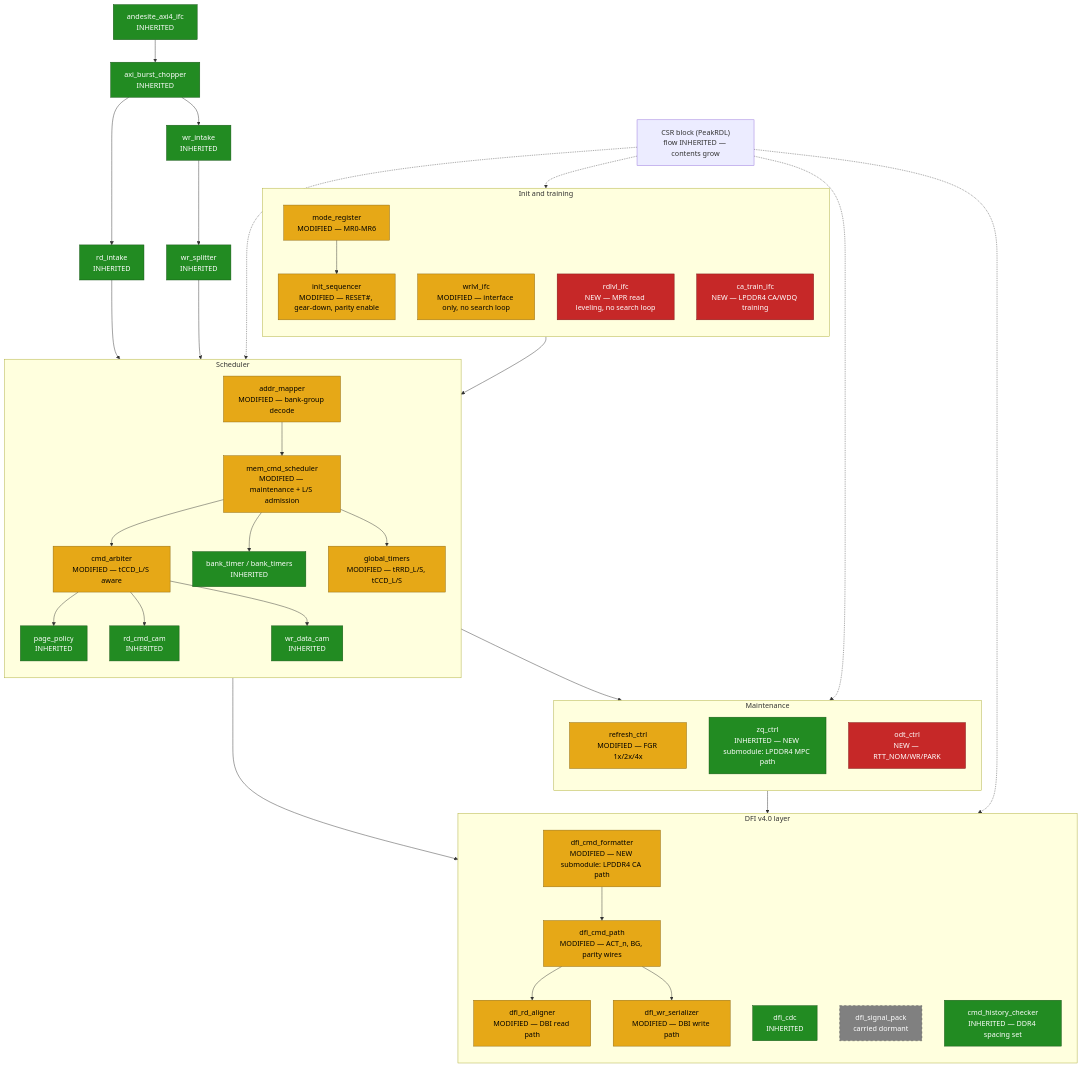
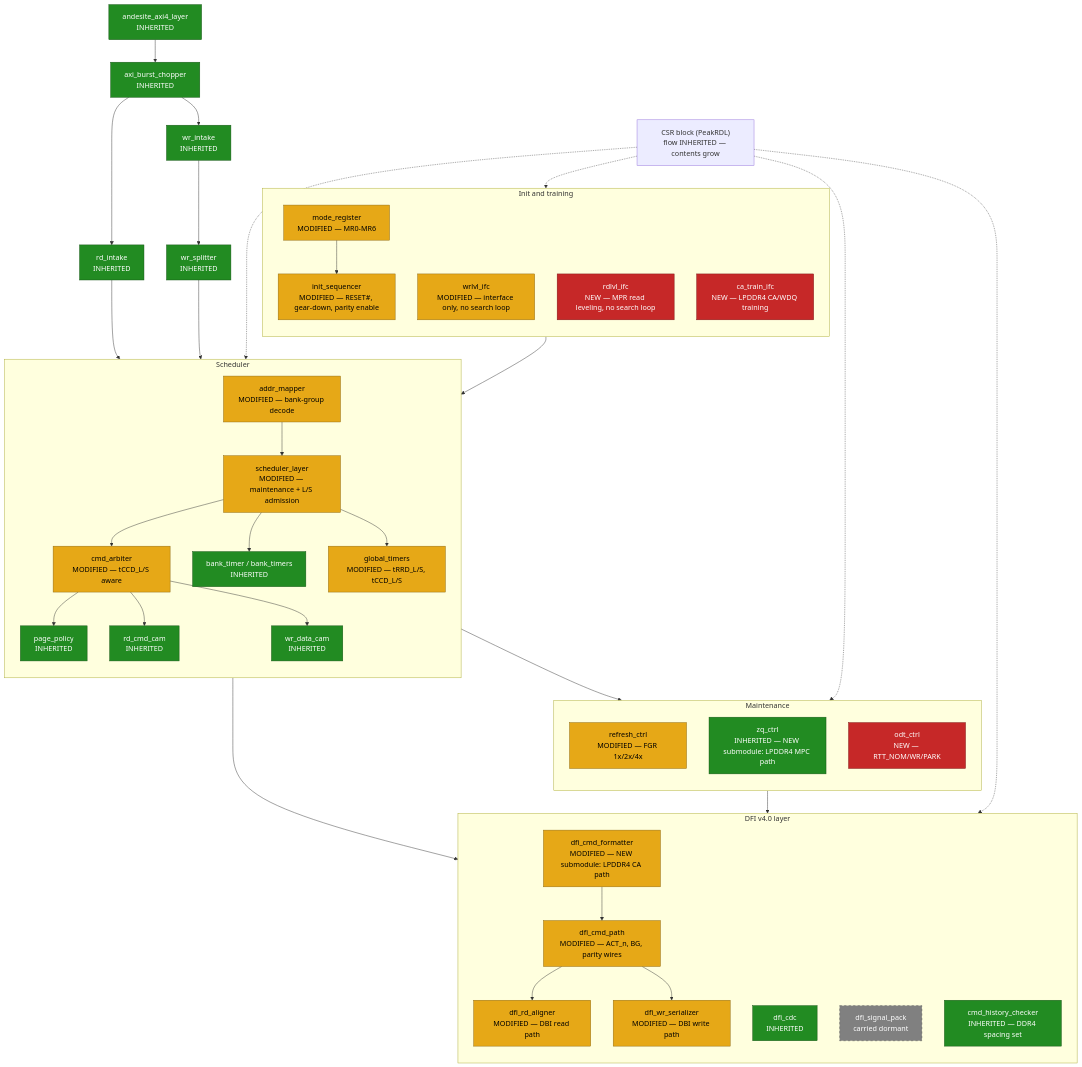
Before and after one commit to sean-galloway/RTLDesignSherpa: the diagram in projects/components/mem-ctrl-ip/andesite-ddr4-lpddr4/docs/andesite_has/assets/mermaid/01_block_diagram.mmd, drawn with Mermaid. The commit also changed 14 other files, not shown here.

```diff
--- a/projects/components/mem-ctrl-ip/andesite-ddr4-lpddr4/docs/andesite_has/assets/mermaid/01_block_diagram.mmd
+++ b/projects/components/mem-ctrl-ip/andesite-ddr4-lpddr4/docs/andesite_has/assets/mermaid/01_block_diagram.mmd
@@ -1,76 +1,76 @@
 flowchart TB
-    HOST_AXI["andesite_axi4_ifc<br/>INHERITED"] --> HOST_CHOP["axi_burst_chopper<br/>INHERITED"]
+    HOST_AXI["andesite_axi4_layer<br/>INHERITED"] --> HOST_CHOP["axi_burst_chopper<br/>INHERITED"]
     HOST_CHOP --> HOST_RIN["rd_intake<br/>INHERITED"]
     HOST_CHOP --> HOST_WIN["wr_intake<br/>INHERITED"]
     HOST_WIN --> HOST_WSPLIT["wr_splitter<br/>INHERITED"]
     HOST_RIN --> SCHED
     HOST_WSPLIT --> SCHED
 
     subgraph SCHED["Scheduler"]
         direction TB
-        SCHED_CORE["mem_cmd_scheduler<br/>MODIFIED — maintenance + L/S admission"]
+        SCHED_CORE["scheduler_layer<br/>MODIFIED — maintenance + L/S admission"]
         SCHED_ARB["cmd_arbiter<br/>MODIFIED — tCCD_L/S aware"]
         SCHED_PP["page_policy<br/>INHERITED"]
         SCHED_RDCAM["rd_cmd_cam<br/>INHERITED"]
         SCHED_WRCAM["wr_data_cam<br/>INHERITED"]
         SCHED_BT["bank_timer / bank_timers<br/>INHERITED"]
         SCHED_GT["global_timers<br/>MODIFIED — tRRD_L/S, tCCD_L/S"]
         SCHED_AM["addr_mapper<br/>MODIFIED — bank-group decode"]
         SCHED_CORE --> SCHED_ARB
         SCHED_CORE --> SCHED_BT
         SCHED_CORE --> SCHED_GT
         SCHED_AM --> SCHED_CORE
         SCHED_ARB --> SCHED_PP
         SCHED_ARB --> SCHED_RDCAM
         SCHED_ARB --> SCHED_WRCAM
     end
 
     subgraph MAINT["Maintenance"]
         direction TB
         MAINT_REF["refresh_ctrl<br/>MODIFIED — FGR 1x/2x/4x"]
         MAINT_ZQ["zq_ctrl<br/>INHERITED — NEW submodule: LPDDR4 MPC path"]
         MAINT_ODT["odt_ctrl<br/>NEW — RTT_NOM/WR/PARK"]
     end
     SCHED --> MAINT
 
     subgraph INITTR["Init and training"]
         direction TB
         INIT_SEQ["init_sequencer<br/>MODIFIED — RESET#, gear-down, parity enable"]
         INIT_MR["mode_register<br/>MODIFIED — MR0-MR6"]
         INIT_WRLVL["wrlvl_ifc<br/>MODIFIED — interface only, no search loop"]
         INIT_RDLVL["rdlvl_ifc<br/>NEW — MPR read leveling, no search loop"]
         INIT_CA["ca_train_ifc<br/>NEW — LPDDR4 CA/WDQ training"]
     end
     INIT_SEQ --> SCHED
     INIT_MR --> INIT_SEQ
 
     subgraph DFI["DFI v4.0 layer"]
         direction TB
         DFI_PATH["dfi_cmd_path<br/>MODIFIED — ACT_n, BG, parity wires"]
         DFI_FMT["dfi_cmd_formatter<br/>MODIFIED — NEW submodule: LPDDR4 CA path"]
         DFI_RDA["dfi_rd_aligner<br/>MODIFIED — DBI read path"]
         DFI_WRS["dfi_wr_serializer<br/>MODIFIED — DBI write path"]
         DFI_CDC["dfi_cdc<br/>INHERITED"]
         DFI_PACK["dfi_signal_pack<br/>carried dormant"]
         DFI_HIST["cmd_history_checker<br/>INHERITED — DDR4 spacing set"]
     end
     SCHED --> DFI_FMT
     MAINT --> DFI_PATH
     DFI_FMT --> DFI_PATH
     DFI_PATH --> DFI_RDA
     DFI_PATH --> DFI_WRS
 
     CSR["CSR block (PeakRDL)<br/>flow INHERITED — contents grow"] -.-> SCHED
     CSR -.-> MAINT
     CSR -.-> INITTR
     CSR -.-> DFI
 
     classDef inh fill:#228B22,color:#FFFFFF,stroke:#145214;
     classDef mod fill:#E6A817,color:#000000,stroke:#8a650f;
     classDef new fill:#C62828,color:#FFFFFF,stroke:#7a1414;
     classDef dorm fill:#808080,color:#FFFFFF,stroke:#4d4d4d,stroke-dasharray:5 5;
 
     class HOST_AXI,HOST_CHOP,HOST_RIN,HOST_WIN,HOST_WSPLIT,SCHED_PP,SCHED_RDCAM,SCHED_WRCAM,SCHED_BT,DFI_CDC,DFI_HIST,MAINT_ZQ inh;
     class SCHED_CORE,SCHED_ARB,SCHED_GT,SCHED_AM,MAINT_REF,INIT_SEQ,INIT_MR,INIT_WRLVL,DFI_PATH,DFI_FMT,DFI_RDA,DFI_WRS mod;
     class MAINT_ODT,INIT_RDLVL,INIT_CA new;
     class DFI_PACK dorm;
```
